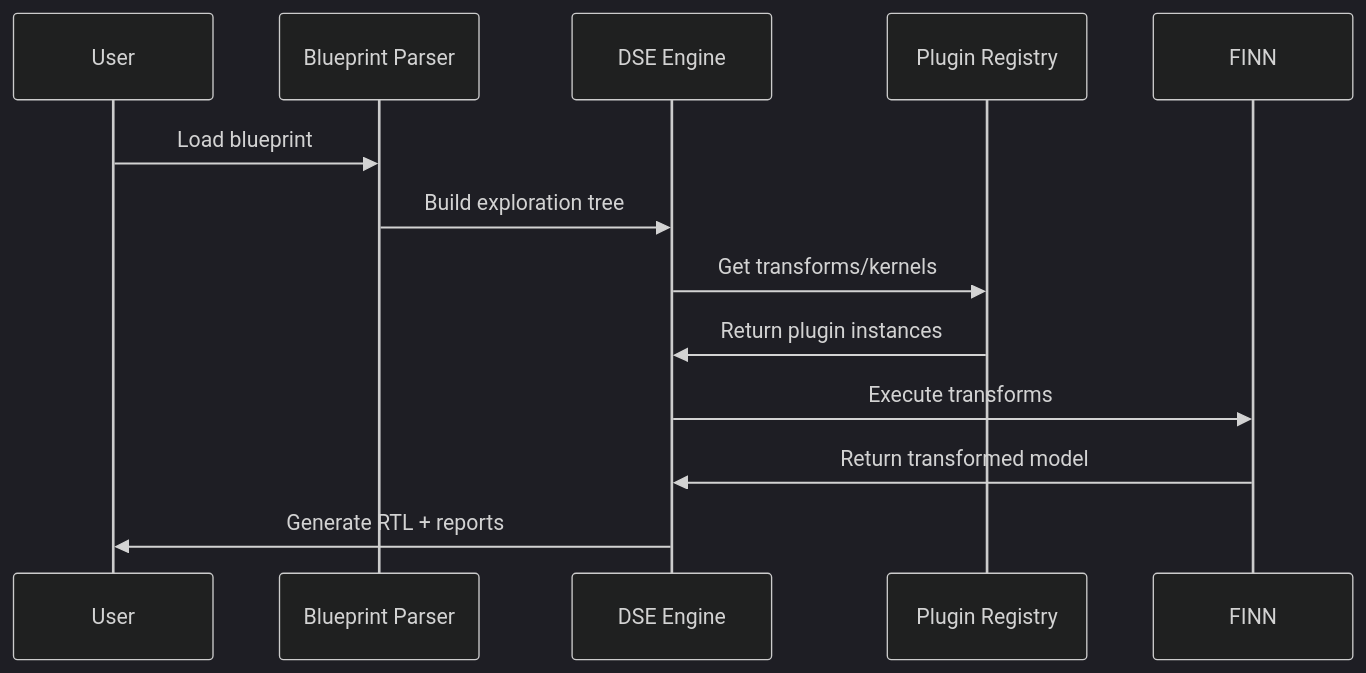
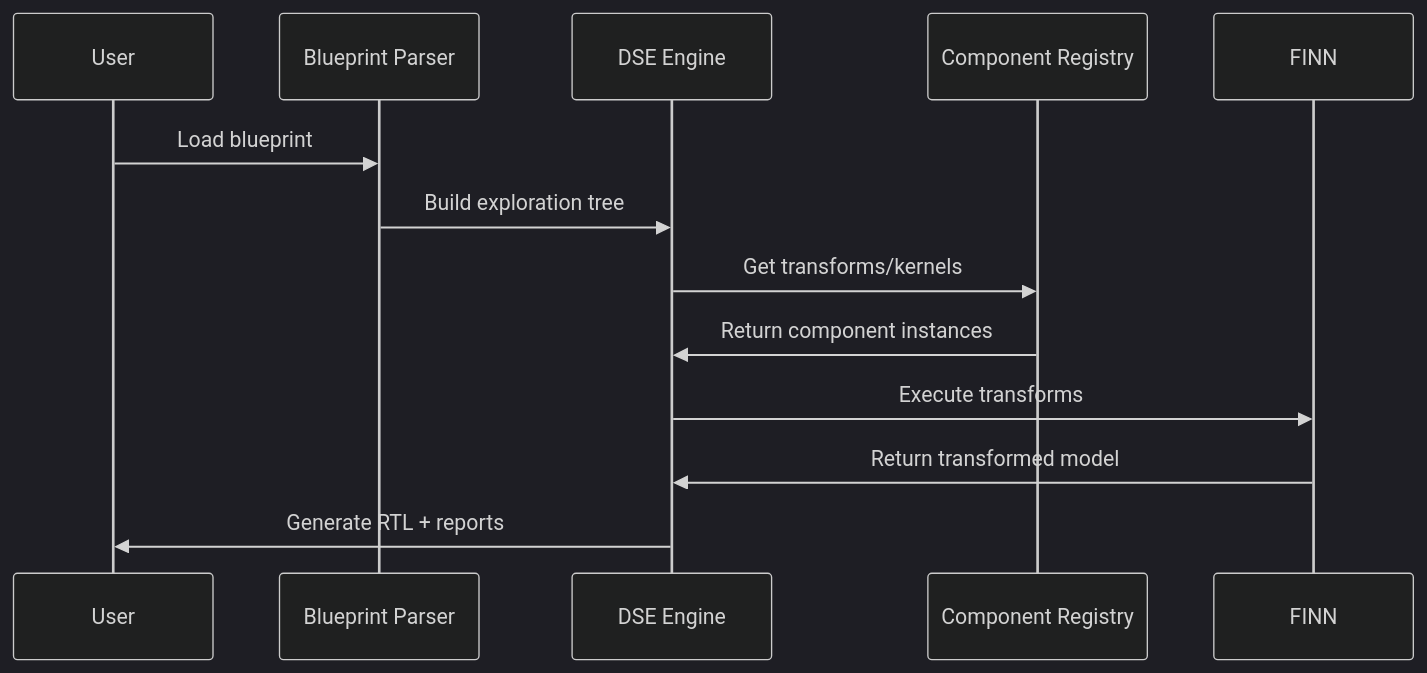
One commit to microsoft/Brainsmith changed the second of 3 diagrams in prerelease-docs/planning/docs-implementation-plan.md. Above: the diagram before and after it, drawn with Mermaid (dark theme). The commit also changed other lines of this file and 66 other files, not shown here.

First line of the commit message:
refactor: replace plugin terminology with component registry system

````diff
--- a/prerelease-docs/planning/docs-implementation-plan.md
+++ b/prerelease-docs/planning/docs-implementation-plan.md
@@ -561,16 +561,16 @@
 ```mermaid
 sequenceDiagram
     participant U as User
     participant B as Blueprint Parser
     participant D as DSE Engine
-    participant P as Plugin Registry
+    participant P as Component Registry
     participant F as FINN
 
     U->>B: Load blueprint
     B->>D: Build exploration tree
     D->>P: Get transforms/kernels
-    P->>D: Return plugin instances
+    P->>D: Return component instances
     D->>F: Execute transforms
     F->>D: Return transformed model
     D->>U: Generate RTL + reports
 ```
````
